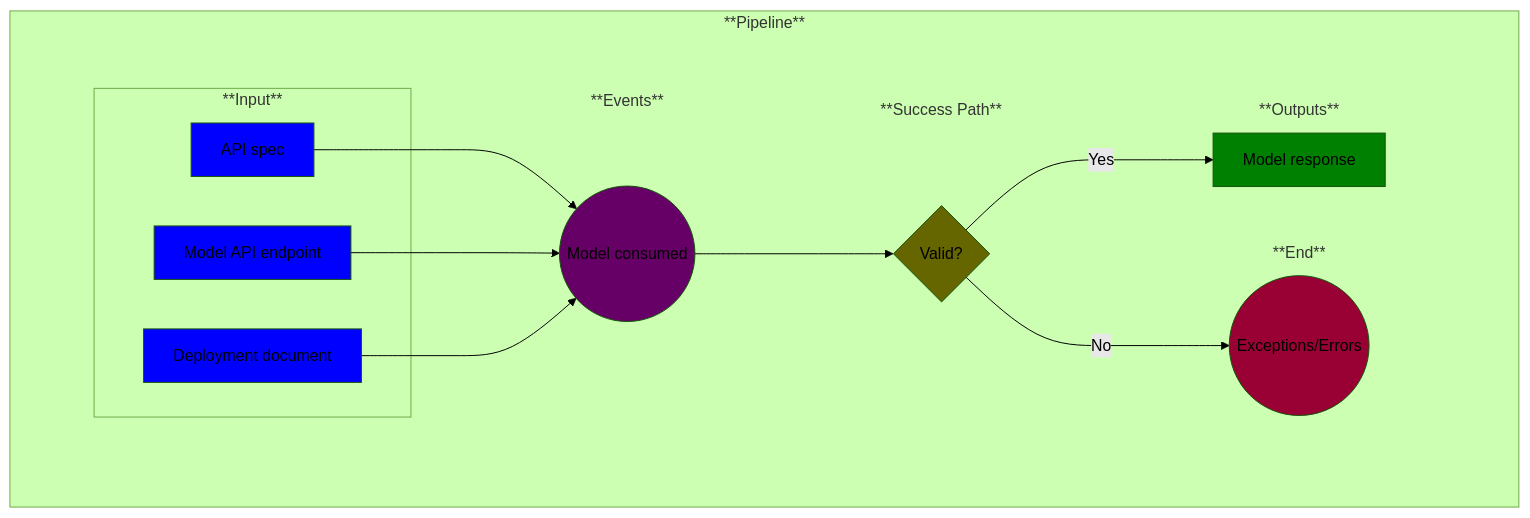
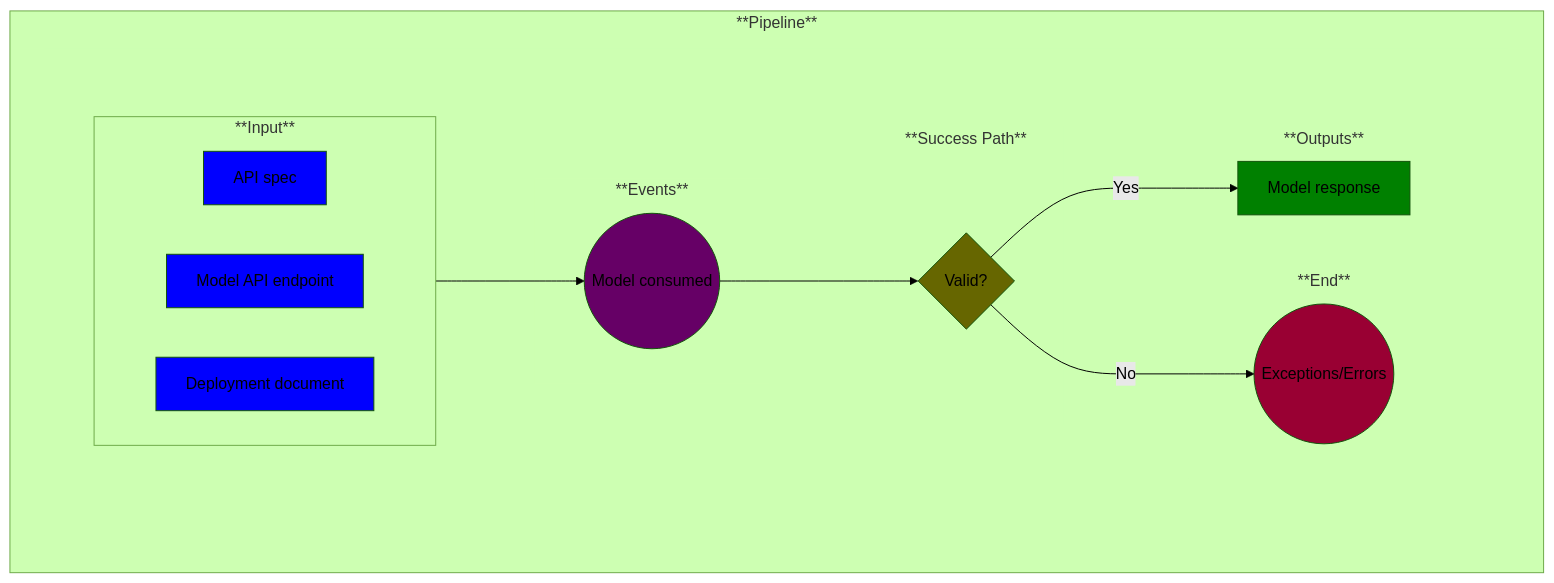
One commit to MLOps-OpenAPI/arch-diagrams changed the diagram in use-cases/19-model-consumed.md. Above: the diagram before and after it, drawn with Mermaid (forest theme). The commit also changed other lines of this file, not shown here.

Commit message:
Changed to optional step

````diff
--- a/use-cases/19-model-consumed.md
+++ b/use-cases/19-model-consumed.md
@@ -21,80 +20,73 @@
 ```mermaid
 
 %% Creating a left-to-right flowchart
 %% Learn the syntax here: https://mermaid.js.org/syntax/flowchart.html
 %% Note: flowchart and graph are the same in Mermaid
 graph LR;
 
     %% Define the common flow items:
     %%A--> B
     %%B-->C
     subgraph Pipeline ["**Pipeline**"]
         
         %% Add an empty node to overcome some formatting issues
         subgraph invisibleSpace["<br/>"]
 
             %% Add the rest of the nodes
             subgraph Inputs ["**Input**"]
                 A1
-            end
-            subgraph Inputs ["**Input**"]
                 A2
-            end
-            subgraph Inputs ["**Input**"]
                 A3
             end
             subgraph Events ["**Events**"]
                 B
             end
             subgraph Success ["**Success Path**"]
                 C
             end
             subgraph End ["**End**"]
                 D
             end
             subgraph Outputs ["**Outputs**"]
                 E
             end
         end
-        A1-->B
-        A2-->B
-        A3-->B
+        Inputs-->B
         %%C--> | test text | D
         B-->C
         C--> | No | D
         C--> | Yes | E
     end
 
     %% Now label and style the blocks
     %% Note: You could have done this above, but I find this to be cleaner and easier to manage
 
     A1[API spec]
     style A1 fill:blue
 
     A2[Model API endpoint]
     style A2 fill:blue
 
     A3[Deployment document]
     style A3 fill:blue
 
     B((Model consumed))
     style B fill:#660066
 
     C{Valid?}
     style C fill:#666600
 
     D((Exceptions/Errors))
     style D fill:#990033
 
     E[Model response]
     style E fill:green
 
     %% Remove unnecessary box outlines
     style invisibleSpace stroke-width:0
-    style Inputs stroke-width:0
     style Events stroke-width:0
     style End stroke-width:0
     style Success stroke-width:0
     style Outputs stroke-width:0
 
 ```
````
